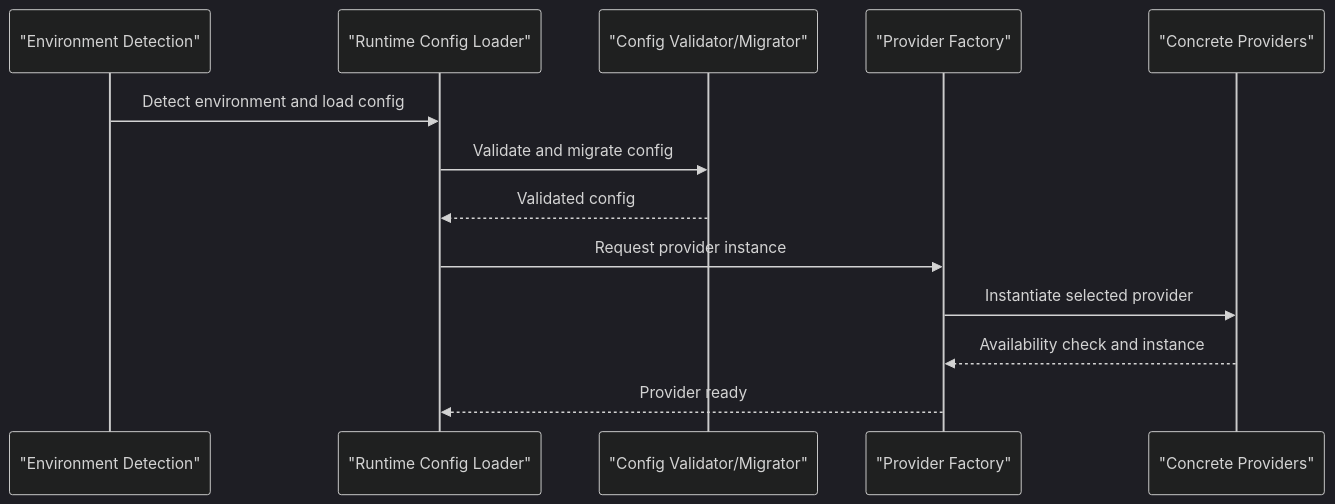
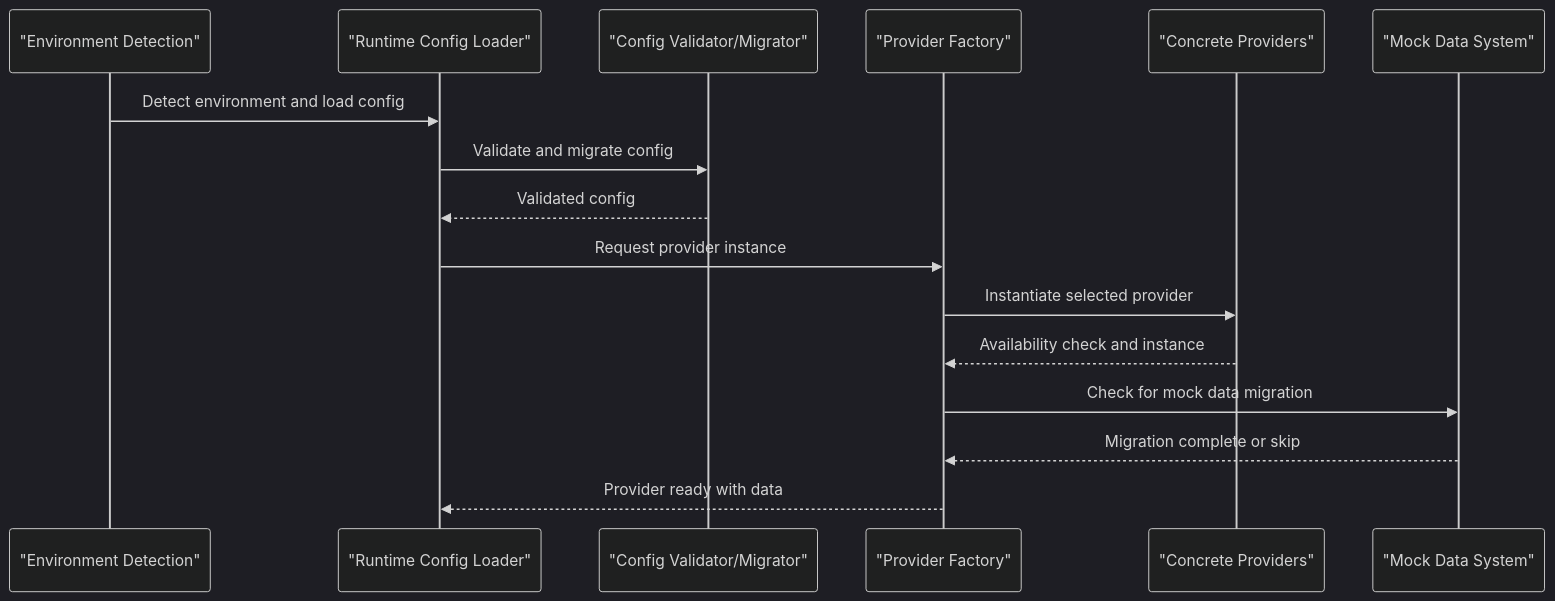
One commit to geniusdynamics/schoolpilot changed the second of 6 diagrams in .qoder/repowiki/en/content/Data Layer/Database Providers/Database Providers.md. Above: the diagram before and after it, drawn with Mermaid (dark theme). The commit also changed other lines of this file and 54 other files, not shown here.

First line of the commit message:
Comprehensive update: RBAC enhancements, data migration cleanup, UI components, and documentation refresh

````diff
--- a/.qoder/repowiki/en/content/Data Layer/Database Providers/Database Providers.md
+++ b/.qoder/repowiki/en/content/Data Layer/Database Providers/Database Providers.md
@@ -83,15 +111,18 @@
 ```mermaid
 sequenceDiagram
 participant Env as "Environment Detection"
 participant Cfg as "Runtime Config Loader"
 participant Val as "Config Validator/Migrator"
 participant Fac as "Provider Factory"
 participant Prov as "Concrete Providers"
+participant Mock as "Mock Data System"
 Env->>Cfg : Detect environment and load config
 Cfg->>Val : Validate and migrate config
 Val-->>Cfg : Validated config
 Cfg->>Fac : Request provider instance
 Fac->>Prov : Instantiate selected provider
 Prov-->>Fac : Availability check and instance
-Fac-->>Cfg : Provider ready
+Fac->>Mock : Check for mock data migration
+Mock-->>Fac : Migration complete or skip
+Fac-->>Cfg : Provider ready with data
 ```
````
